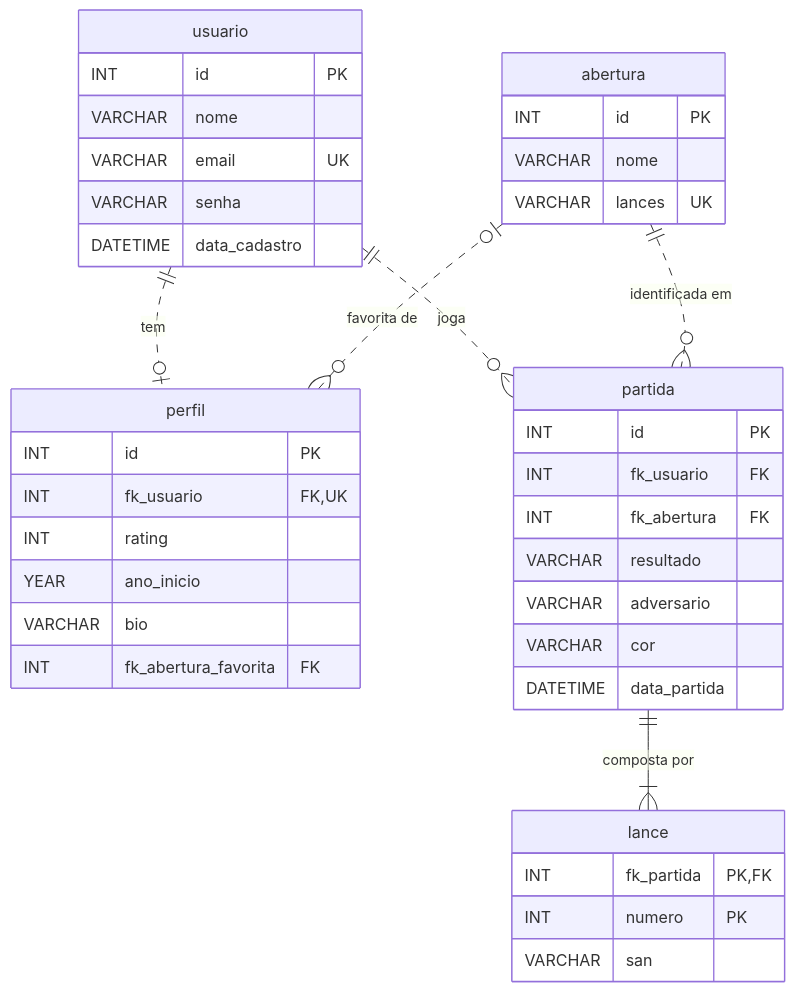
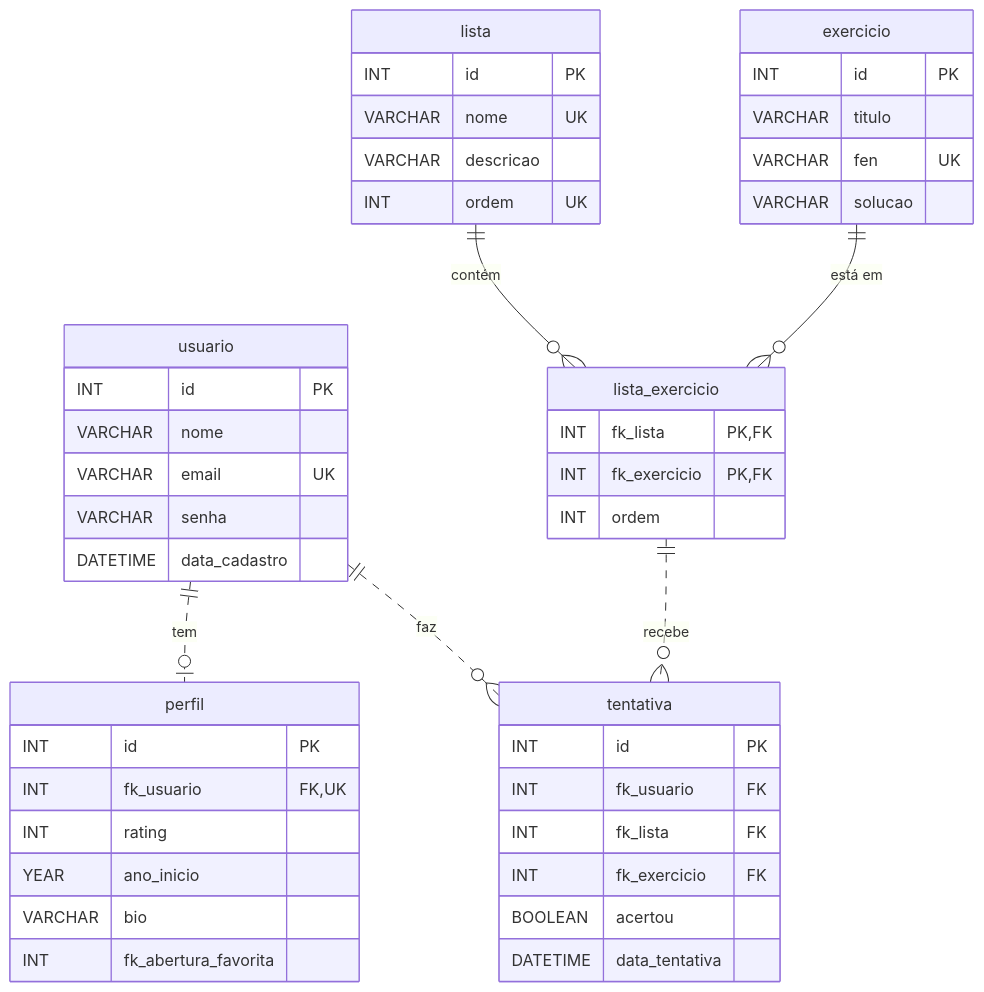
Before and after one commit to igor-fuchs01/chess-life: the diagram in .docs/03-database.md, drawn with Mermaid. The commit also changed other lines of this file and 5 other files, not shown here.

````diff
--- a/.docs/03-database.md
+++ b/.docs/03-database.md
@@ -47,43 +52,49 @@
 ```mermaid
 erDiagram
     usuario ||..o| perfil : "tem"
-    abertura |o..o{ perfil : "favorita de"
-    usuario ||..o{ partida : "joga"
-    abertura ||..o{ partida : "identificada em"
-    partida ||--|{ lance : "composta por"
+    lista ||--o{ lista_exercicio : "contém"
+    exercicio ||--o{ lista_exercicio : "está em"
+    usuario ||..o{ tentativa : "faz"
+    lista_exercicio ||..o{ tentativa : "recebe"
 
     usuario {
         INT id PK
         VARCHAR nome
         VARCHAR email UK
         VARCHAR senha
         DATETIME data_cadastro
     }
     perfil {
         INT id PK
         INT fk_usuario FK, UK
         INT rating
         YEAR ano_inicio
         VARCHAR bio
-        INT fk_abertura_favorita FK
+        INT fk_abertura_favorita
     }
-    abertura {
+    lista {
         INT id PK
-        VARCHAR nome
-        VARCHAR lances UK
+        VARCHAR nome UK
+        VARCHAR descricao
+        INT ordem UK
     }
-    partida {
+    exercicio {
+        INT id PK
+        VARCHAR titulo
+        VARCHAR fen UK
+        VARCHAR solucao
+    }
+    lista_exercicio {
+        INT fk_lista PK, FK
+        INT fk_exercicio PK, FK
+        INT ordem
+    }
+    tentativa {
         INT id PK
         INT fk_usuario FK
-        INT fk_abertura FK
-        VARCHAR resultado
-        VARCHAR adversario
-        VARCHAR cor
-        DATETIME data_partida
-    }
-    lance {
-        INT fk_partida PK, FK
-        INT numero PK
-        VARCHAR san
+        INT fk_lista FK
+        INT fk_exercicio FK
+        BOOLEAN acertou
+        DATETIME data_tentativa
     }
 ```
````
